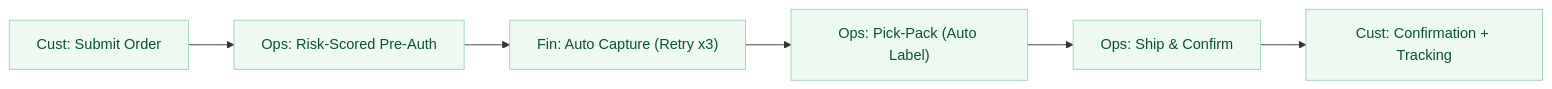
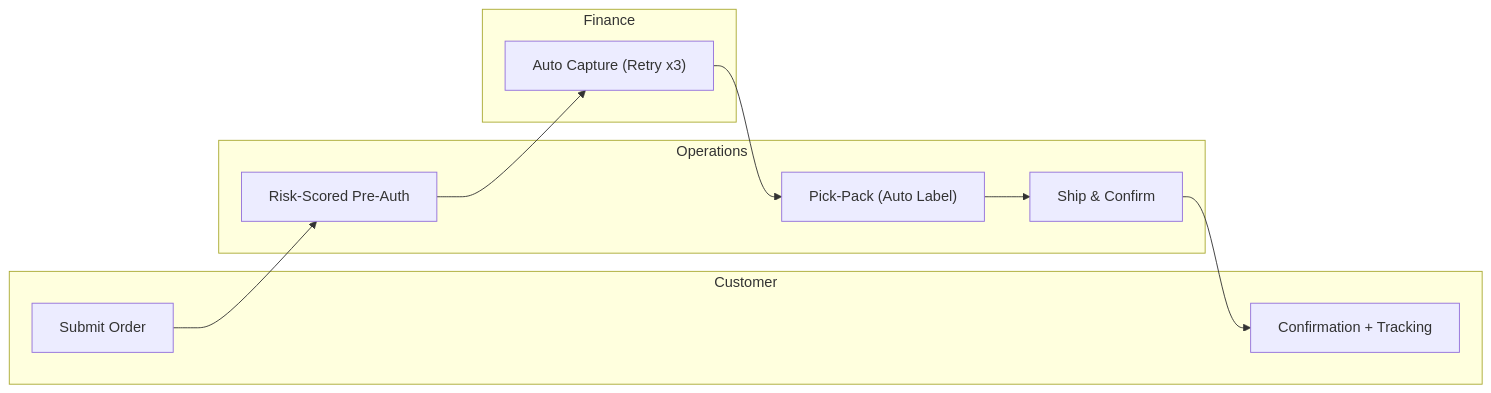
The second of 3 diagrams in Day10/README.md (emcdo411/ai-ba-21day-accelerator), drawn with Mermaid before and after one commit.

````diff
--- a/Day10/README.md
+++ b/Day10/README.md
@@ -113,11 +113,20 @@
 ```mermaid
-%% Target State - reduced handoffs, automation added, lanes consistent
 flowchart LR
-  classDef lane fill:#eef9f1,stroke:#9cd3b6,color:#0b5137,stroke-width:1;
+  subgraph Customer
+    C1["Submit Order"]
+    C2["Confirmation + Tracking"]
+  end
 
-  C1["Cust: Submit Order"]:::lane --> O1["Ops: Risk-Scored Pre-Auth"]:::lane
-  O1 --> F1["Fin: Auto Capture (Retry x3)"]:::lane
-  F1 --> O2["Ops: Pick-Pack (Auto Label)"]:::lane
-  O2 --> O3["Ops: Ship & Confirm"]:::lane
-  O3 --> C2["Cust: Confirmation + Tracking"]:::lane
+  subgraph Operations
+    O1["Risk-Scored Pre-Auth"]
+    O2["Pick-Pack (Auto Label)"]
+    O3["Ship & Confirm"]
+  end
+
+  subgraph Finance
+    F1["Auto Capture (Retry x3)"]
+  end
+
+  C1 --> O1 --> F1 --> O2 --> O3 --> C2
+
 ```
````
